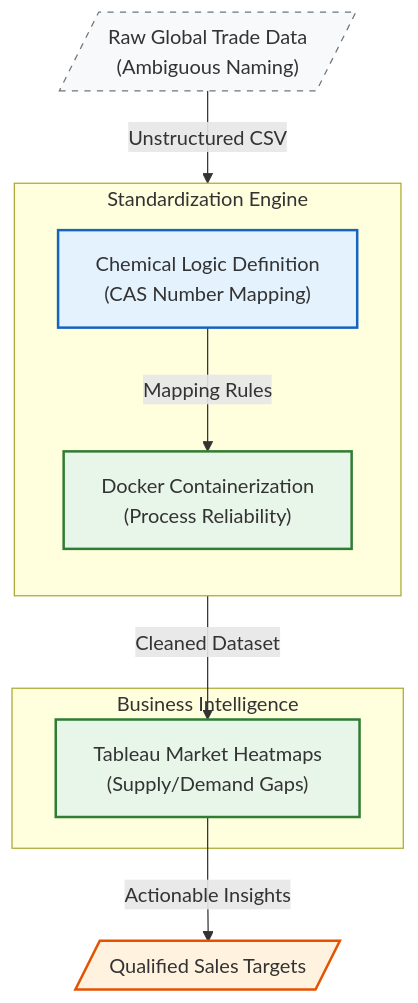
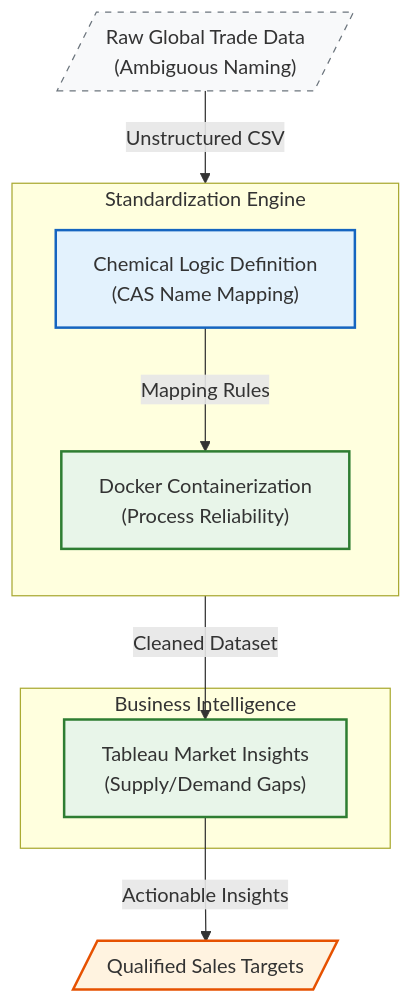
The diagram in content/project/supply-chain-automation/index.md (kbhalajiyadav/portfolio), drawn with Mermaid before and after one commit. The commit also changed other lines of this file, not shown here.

````diff
--- a/content/project/supply-chain-automation/index.md
+++ b/content/project/supply-chain-automation/index.md
@@ -41,29 +41,29 @@
 ```mermaid
 graph TD
     %% Professional Style Definitions
     classDef input fill:#f8f9fa,stroke:#6c757d,stroke-width:1px,stroke-dasharray: 5 5;
     classDef chemistry fill:#e3f2fd,stroke:#1565c0,stroke-width:2px;
     classDef ops fill:#e8f5e9,stroke:#2e7d32,stroke-width:2px;
     classDef output fill:#fff3e0,stroke:#e65100,stroke-width:2px;
 
     %% Nodes
     Raw[/"Raw Global Trade Data<br/>(Ambiguous Naming)"/]:::input
     
     subgraph "Standardization Engine"
         direction TB
-        Logic["Chemical Logic Definition<br/>(CAS Number Mapping)"]:::chemistry
+        Logic["Chemical Logic Definition<br/>(CAS Name Mapping)"]:::chemistry
         Docker["Docker Containerization<br/>(Process Reliability)"]:::ops
     end
 
     subgraph "Business Intelligence"
-        Viz["Tableau Market Heatmaps<br/>(Supply/Demand Gaps)"]:::ops
+        Viz["Tableau Market Insights<br/>(Supply/Demand Gaps)"]:::ops
     end
 
     Result[/"Qualified Sales Targets"/]:::output
 
     %% Flow with System State Labels (The "CAD" Look)
     Raw -- "Unstructured CSV" --> Logic
     Logic -- "Mapping Rules" --> Docker
     Docker -- "Cleaned Dataset" --> Viz
     Viz -- "Actionable Insights" --> Result
 ```
````
